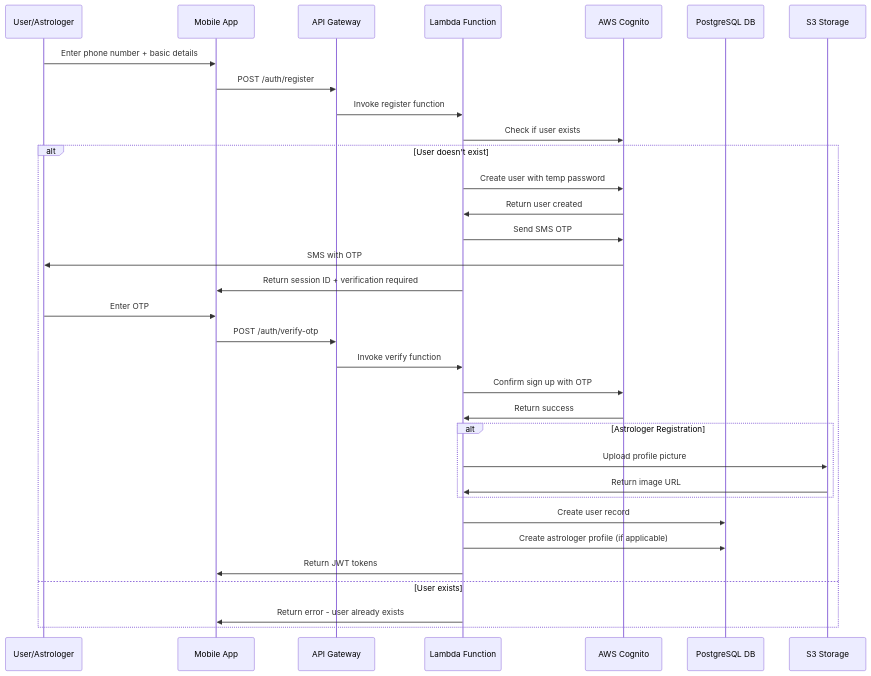
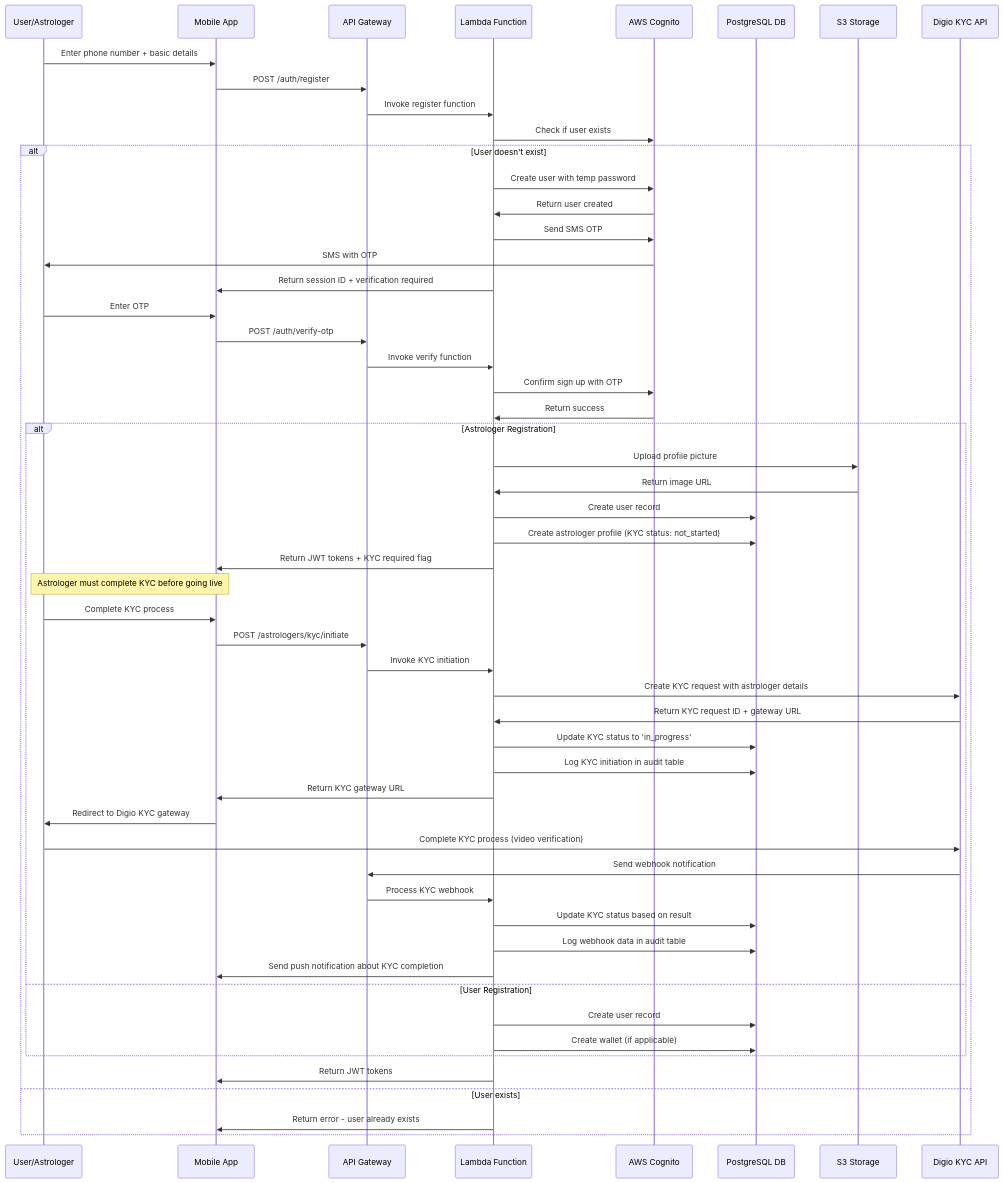
One commit to vinodjayachandran/AstroTalkDesign changed the first of 5 diagrams in authentication_flow.md. Above: the diagram before and after it, drawn with Mermaid. The commit also changed other lines of this file and 4 other files, not shown here.

Commit message:
KYC Flow

````diff
--- a/authentication_flow.md
+++ b/authentication_flow.md
@@ -10,40 +10,63 @@
 ```mermaid
 sequenceDiagram
     participant U as User/Astrologer
     participant A as Mobile App
     participant AG as API Gateway
     participant L as Lambda Function
     participant C as AWS Cognito
     participant DB as PostgreSQL DB
     participant S as S3 Storage
+    participant D as Digio KYC API
 
     U->>A: Enter phone number + basic details
     A->>AG: POST /auth/register
     AG->>L: Invoke register function
     L->>C: Check if user exists
 
     alt User doesn't exist
         L->>C: Create user with temp password
         C->>L: Return user created
         L->>C: Send SMS OTP
         C->>U: SMS with OTP
         L->>A: Return session ID + verification required
         
         U->>A: Enter OTP
         A->>AG: POST /auth/verify-otp
         AG->>L: Invoke verify function
         L->>C: Confirm sign up with OTP
         C->>L: Return success
         
         alt Astrologer Registration
             L->>S: Upload profile picture
             S->>L: Return image URL
+            L->>DB: Create user record
+            L->>DB: Create astrologer profile (KYC status: not_started)
+            L->>A: Return JWT tokens + KYC required flag
+            
+            Note over A,U: Astrologer must complete KYC before going live
+            U->>A: Complete KYC process
+            A->>AG: POST /astrologers/kyc/initiate
+            AG->>L: Invoke KYC initiation
+            L->>D: Create KYC request with astrologer details
+            D->>L: Return KYC request ID + gateway URL
+            L->>DB: Update KYC status to 'in_progress'
+            L->>DB: Log KYC initiation in audit table
+            L->>A: Return KYC gateway URL
+            
+            A->>U: Redirect to Digio KYC gateway
+            U->>D: Complete KYC process (video verification)
+            D->>AG: Send webhook notification
+            AG->>L: Process KYC webhook
+            L->>DB: Update KYC status based on result
+            L->>DB: Log webhook data in audit table
+            L->>A: Send push notification about KYC completion
+        else User Registration
+            L->>DB: Create user record
+            L->>DB: Create wallet (if applicable)
         end
         
-        L->>DB: Create user record
-        L->>DB: Create astrologer profile (if applicable)
         L->>A: Return JWT tokens
     else User exists
         L->>A: Return error - user already exists
     end
 ```
````
